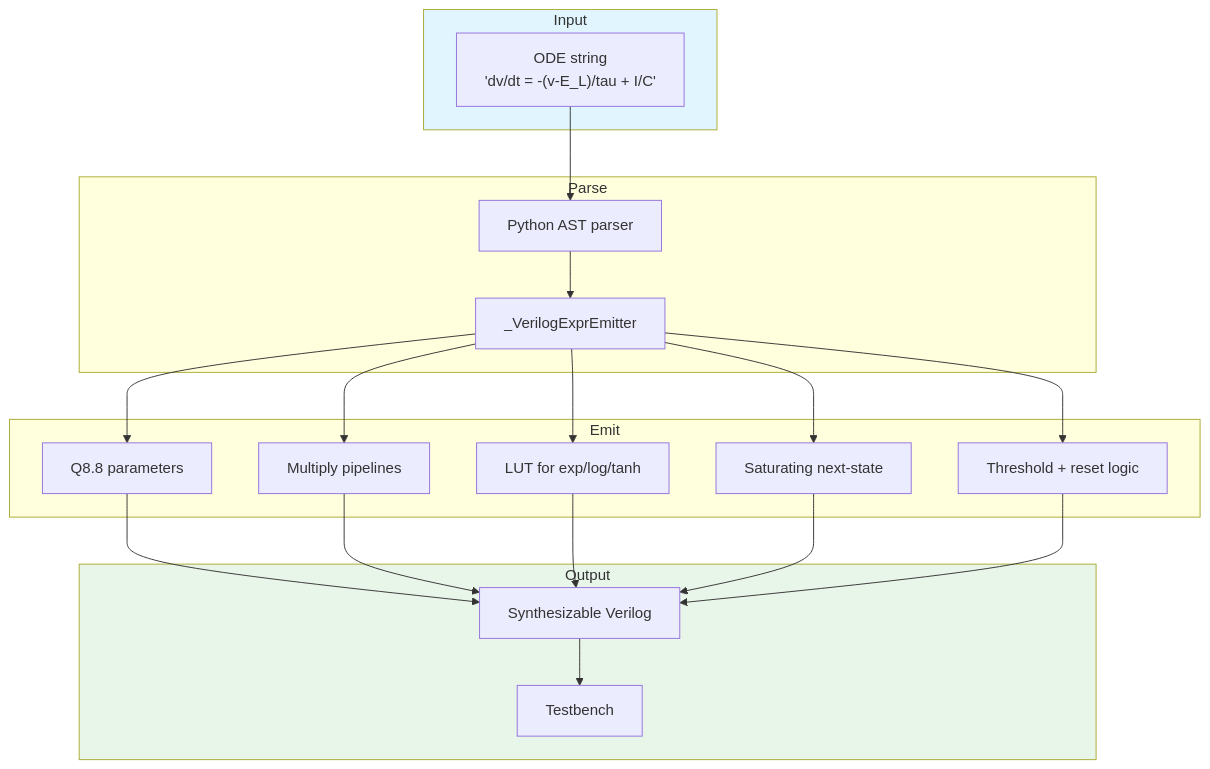
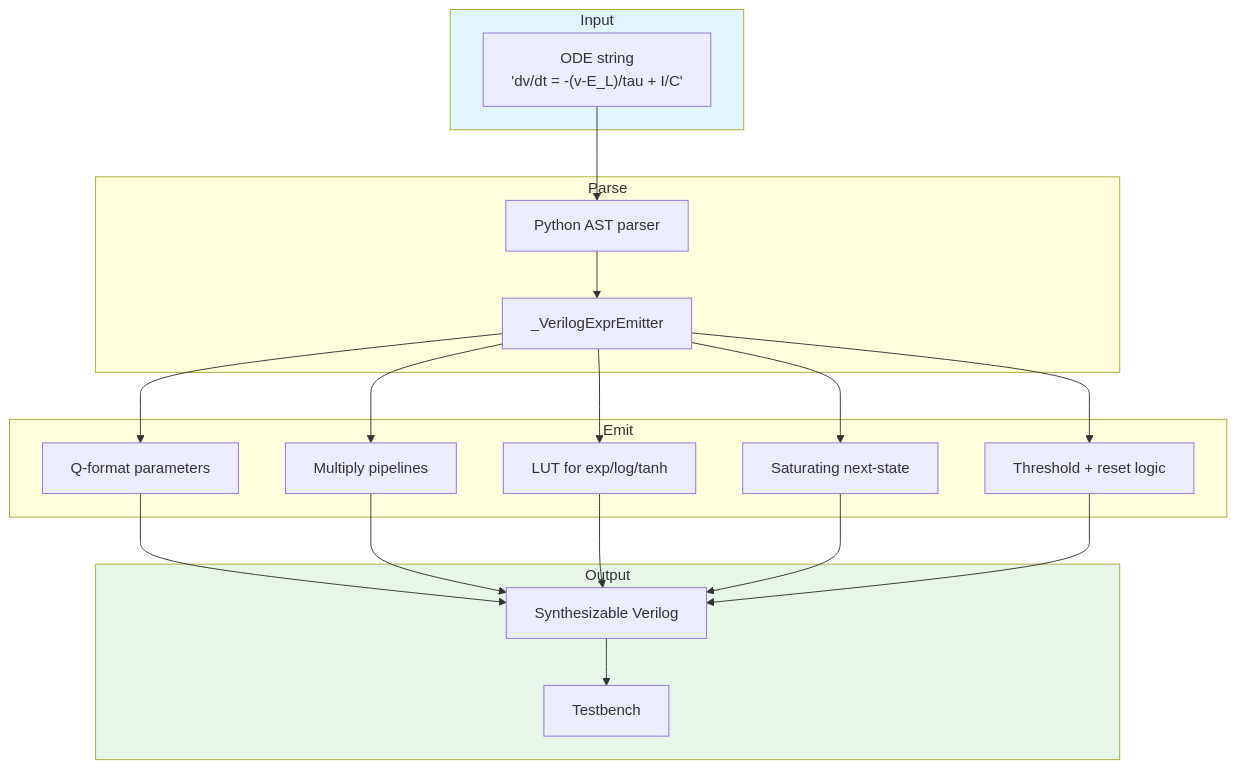
One commit to anulum/sc-neurocore changed the diagram in docs/api/compiler.md. Above: the diagram before and after it, drawn with Mermaid. The commit also changed other lines of this file and 78 other files, not shown here.

````diff
--- a/docs/api/compiler.md
+++ b/docs/api/compiler.md
@@ -47,29 +79,29 @@
 ```mermaid
 flowchart TB
     subgraph Input
         A["ODE string<br/>'dv/dt = -(v-E_L)/tau + I/C'"]
     end
     subgraph Parse
         B["Python AST parser"]
         C["_VerilogExprEmitter"]
     end
     subgraph Emit
-        D["Q8.8 parameters"]
+        D["Q-format parameters"]
         E["Multiply pipelines"]
         F["LUT for exp/log/tanh"]
         G["Saturating next-state"]
         H["Threshold + reset logic"]
     end
     subgraph Output
         I["Synthesizable Verilog"]
         J["Testbench"]
     end
 
     A --> B --> C
     C --> D & E & F & G & H
     D & E & F & G & H --> I
     I --> J
 
     style Input fill:#e1f5fe
     style Output fill:#e8f5e9
 ```
````
